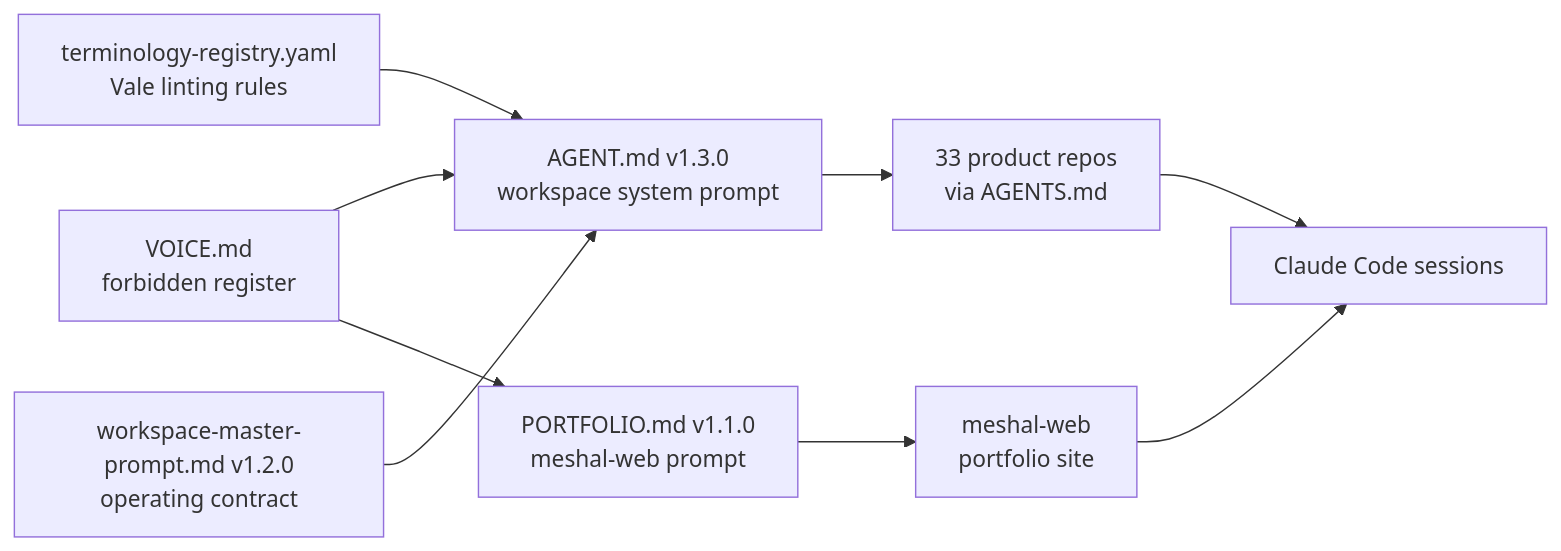
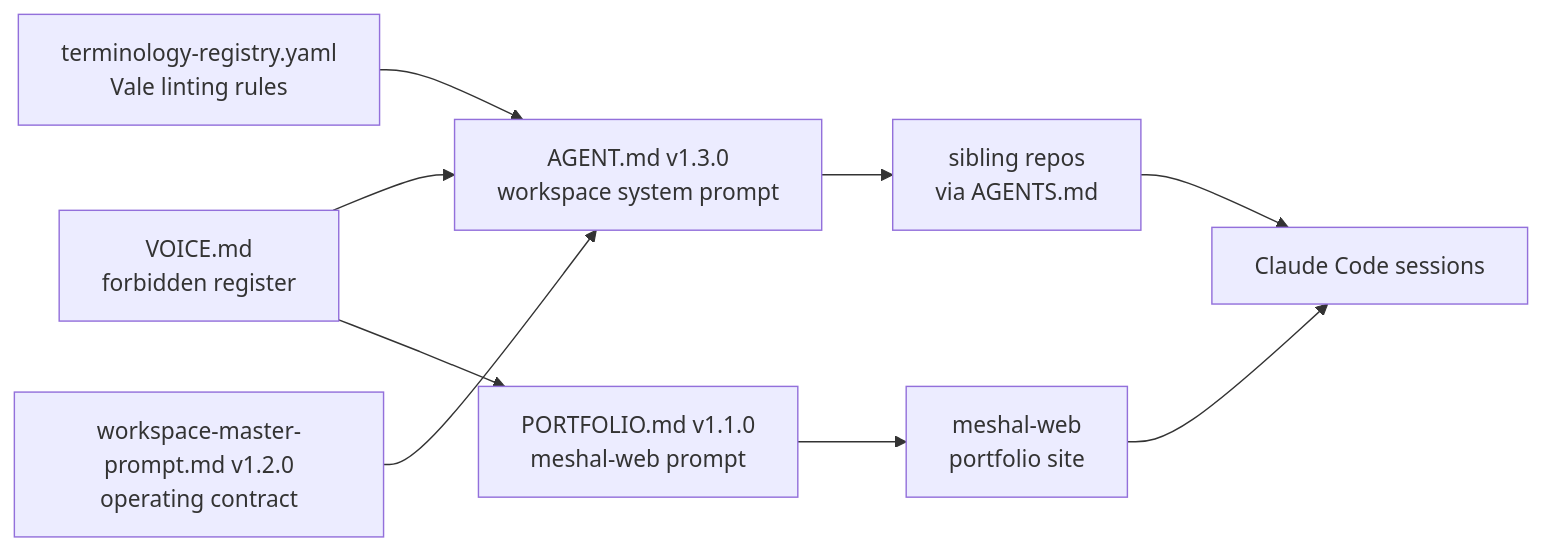
One commit to alawein/alawein changed the fourth of 6 diagrams in docs/architecture.md. Above: the diagram before and after it, drawn with Mermaid. The commit also changed other lines of this file and 31 other files, not shown here.

````diff
--- a/docs/architecture.md
+++ b/docs/architecture.md
@@ -131,17 +140,17 @@
 ```mermaid
 graph LR
   voice["VOICE.md\nforbidden register"]
   terms["terminology-registry.yaml\nVale linting rules"]
   agent["AGENT.md v1.3.0\nworkspace system prompt"]
   portfolio["PORTFOLIO.md v1.1.0\nmeshal-web prompt"]
   master["workspace-master-prompt.md v1.2.0\noperating contract"]
-  repos["33 product repos\nvia AGENTS.md"]
+  repos["sibling repos\nvia AGENTS.md"]
   meshal["meshal-web\nportfolio site"]
   claude2["Claude Code sessions"]
 
   voice --> agent & portfolio
   terms --> agent
   master --> agent
   agent --> repos --> claude2
   portfolio --> meshal --> claude2
 ```
````
